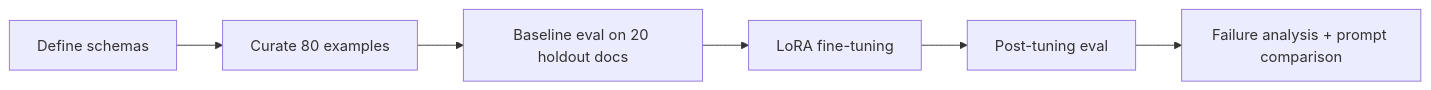
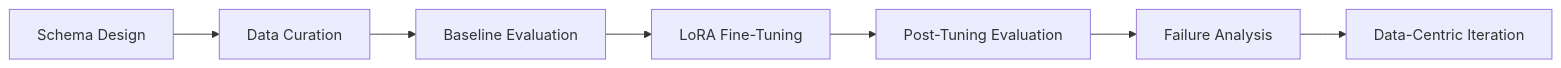
One commit to ramalokeshreddyp/StructuraAI changed the first of 3 diagrams in projectdocumentation.md. Above: the diagram before and after it, drawn with Mermaid. The commit also changed other lines of this file and 2 other files, not shown here.

Commit message:
Enhance core documentation with comprehensive architecture and execution flows

````diff
--- a/projectdocumentation.md
+++ b/projectdocumentation.md
@@ -15,8 +15,9 @@
 ```mermaid
 flowchart LR
-  S1[Define schemas] --> S2[Curate 80 examples]
-  S2 --> S3[Baseline eval on 20 holdout docs]
-  S3 --> S4[LoRA fine-tuning]
-  S4 --> S5[Post-tuning eval]
-  S5 --> S6[Failure analysis + prompt comparison]
+  A[Schema Design] --> B[Data Curation]
+  B --> C[Baseline Evaluation]
+  C --> D[LoRA Fine-Tuning]
+  D --> E[Post-Tuning Evaluation]
+  E --> F[Failure Analysis]
+  F --> G[Data-Centric Iteration]
 ```
````
